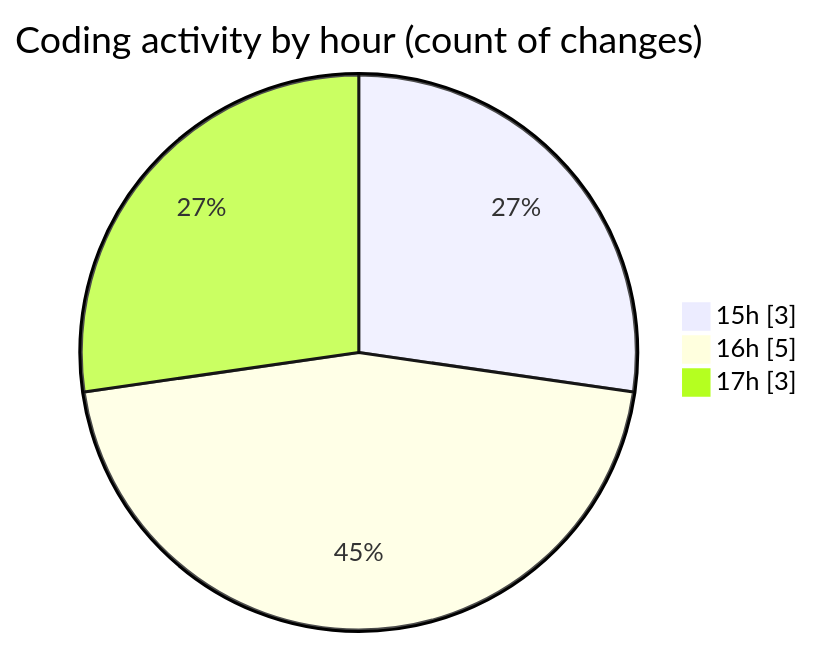
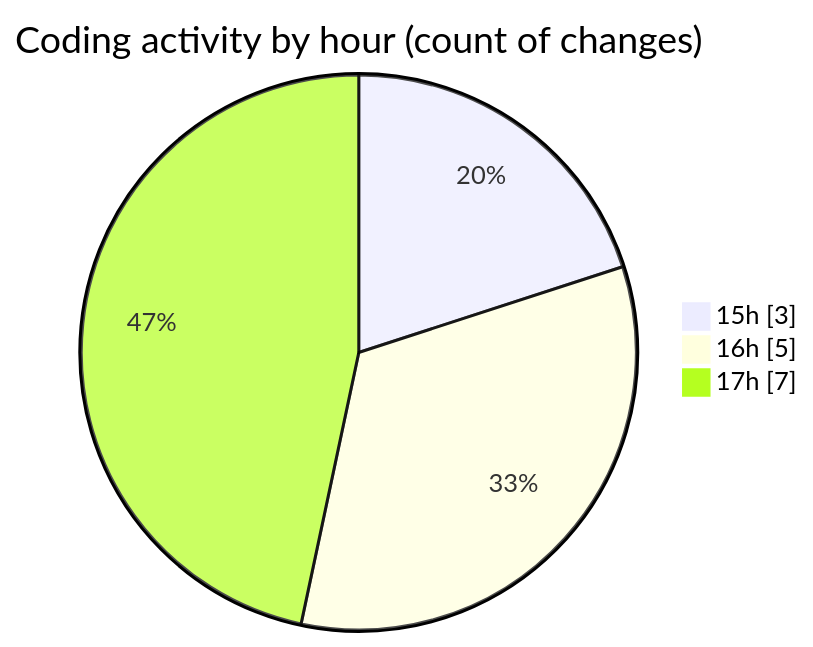
Before and after one commit to robertbonfada/code-tracking: the second of 2 diagrams in 2025-01-07/mbc-web/README.md, drawn with Mermaid. The commit also changed other lines of this file and 1 other file, not shown here.

````diff
--- a/2025-01-07/mbc-web/README.md
+++ b/2025-01-07/mbc-web/README.md
@@ -33,7 +35,7 @@
 ```mermaid
 pie showData
 title Coding activity by hour (count of changes)
 "15h" : 3
 "16h" : 5
-"17h" : 3
+"17h" : 7
 ```
````
